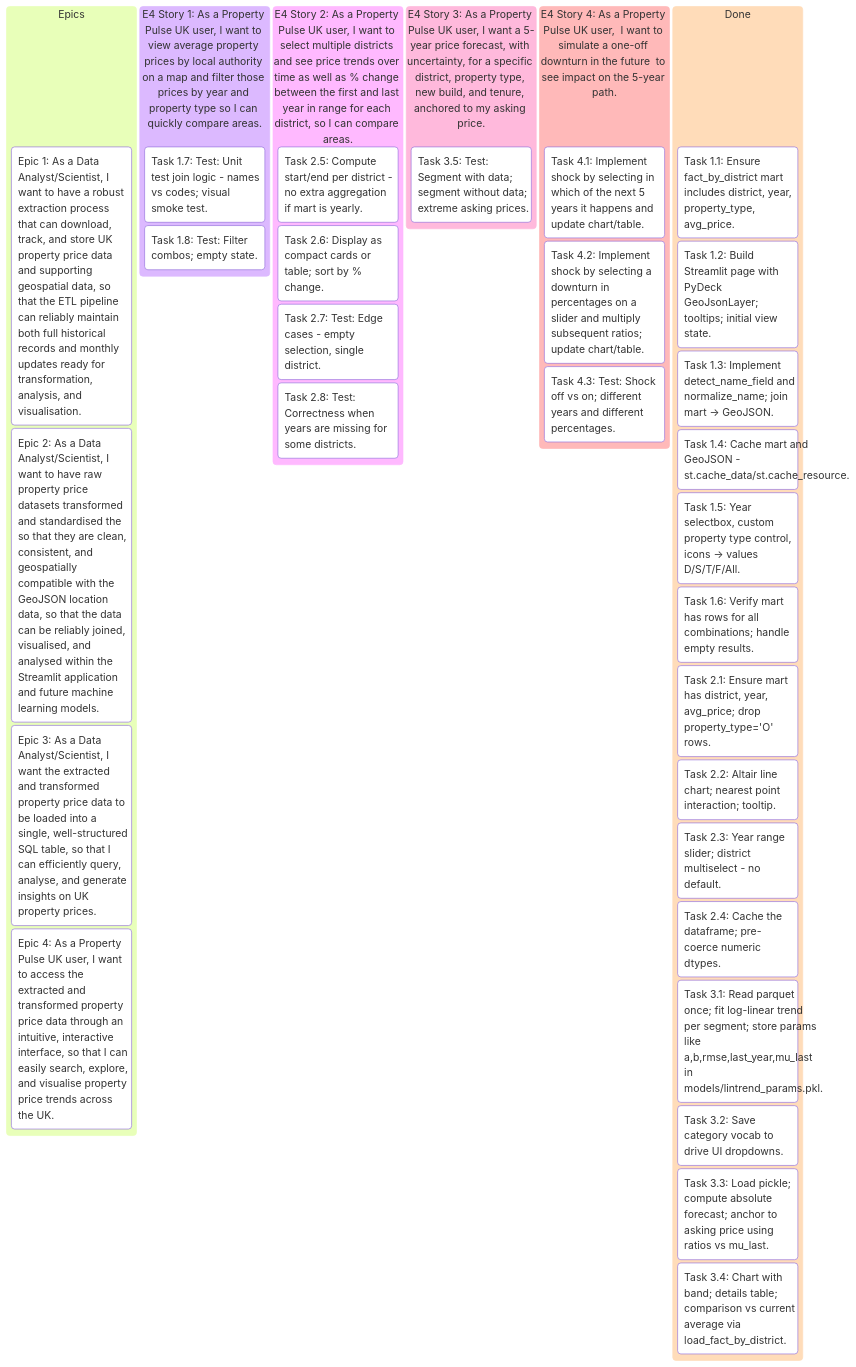
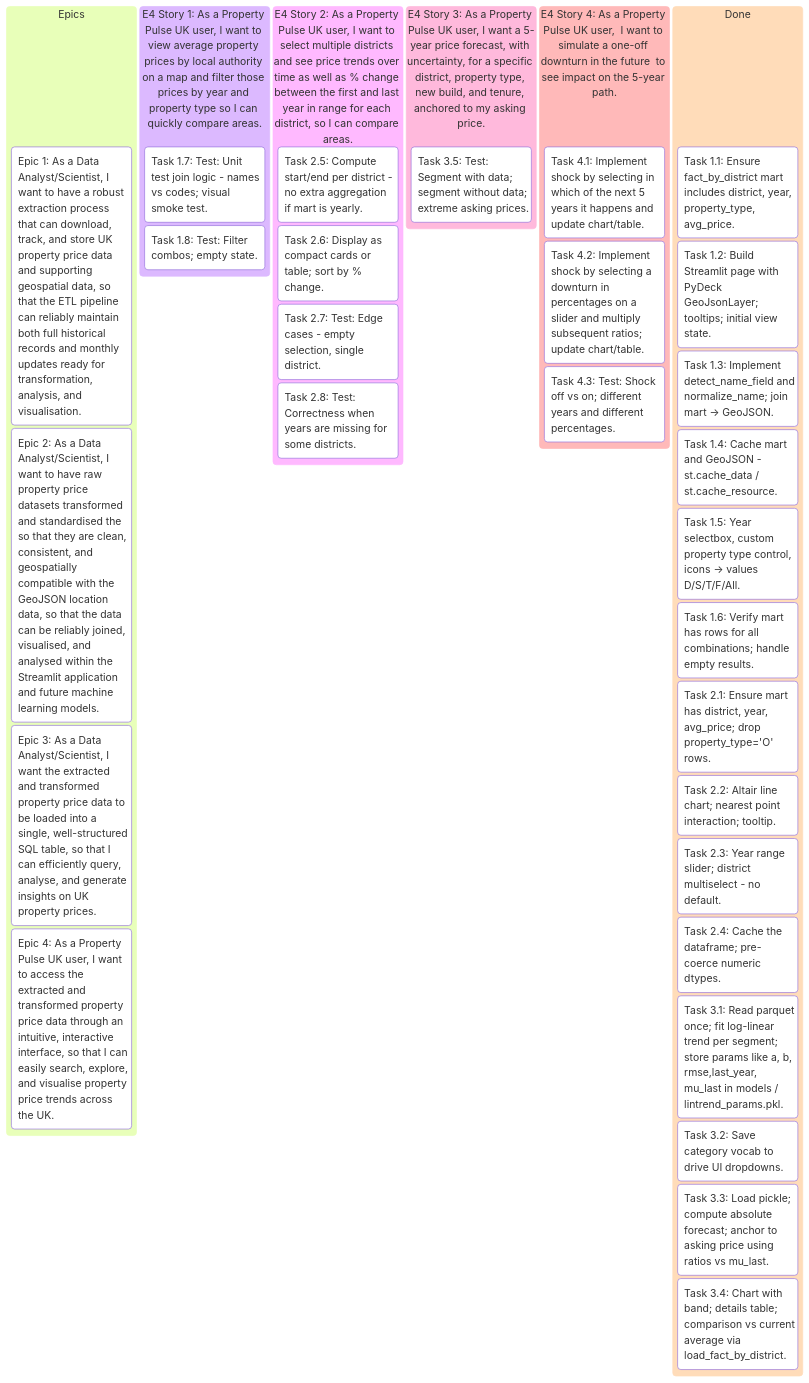
The fourth of 4 diagrams in README.md (pavlekovic/property-pulse-uk), drawn with Mermaid before and after one commit.

Commit message:
README update

````diff
--- a/README.md
+++ b/README.md
@@ -332,46 +332,46 @@
 ```mermaid
 kanban
     Epics
         (Epic 1: As a Data Analyst/Scientist, I want to have a robust extraction process that can download, track, and store UK property price data and supporting geospatial data, so that the ETL pipeline can reliably maintain both full historical records and monthly updates ready for transformation, analysis, and visualisation.)
 
         (Epic 2: As a Data Analyst/Scientist, I want to have raw property price datasets transformed and standardised the so that they are clean, consistent, and geospatially compatible with the GeoJSON location data, so that the data can be reliably joined, visualised, and analysed within the Streamlit application and future machine learning models.)
 
         (Epic 3: As a Data Analyst/Scientist, I want the extracted and transformed property price data to be loaded into a single, well-structured SQL table, so that I can efficiently query, analyse, and generate insights on UK property prices.)
 
         (Epic 4: As a Property Pulse UK user, I want to access the extracted and transformed property price data through an intuitive, interactive interface, so that I can easily search, explore, and visualise property price trends across the UK.)
 
     (E4 Story 1: As a Property Pulse UK user, I want to view average property prices by local authority on a map and filter those prices by year and property type so I can quickly compare areas.)
         Task 1.7: Test: Unit test join logic - names vs codes; visual smoke test.
         Task 1.8: Test: Filter combos; empty state.
 
     (E4 Story 2: As a Property Pulse UK user, I want to select multiple districts and see price trends over time as well as % change between the first and last year in range for each district, so I can compare areas.)
         Task 2.5: Compute start/end per district - no extra aggregation if mart is yearly.
         Task 2.6: Display as compact cards or table; sort by % change.
         Task 2.7: Test: Edge cases - empty selection, single district.
         Task 2.8: Test: Correctness when years are missing for some districts.
     
     (E4 Story 3: As a Property Pulse UK user, I want a 5-year price forecast, with uncertainty, for a specific district, property type, new build, and tenure, anchored to my asking price.)
         Task 3.5: Test: Segment with data; segment without data; extreme asking prices.
 
     (E4 Story 4: As a Property Pulse UK user,  I want to simulate a one-off downturn in the future  to see impact on the 5-year path.)
         Task 4.1: Implement shock by selecting in which of the next 5 years it happens and update chart/table.
         Task 4.2: Implement shock by selecting a downturn in percentages on a slider and multiply subsequent ratios; update chart/table.
         Task 4.3: Test: Shock off vs on; different years and different percentages.
     
     Done
         Task 1.1: Ensure fact_by_district mart includes district, year, property_type, avg_price.
         Task 1.2: Build Streamlit page with PyDeck GeoJsonLayer; tooltips; initial view state.
         Task 1.3: Implement detect_name_field and normalize_name; join mart → GeoJSON.
-        Task 1.4: Cache mart and GeoJSON - st.cache_data/st.cache_resource.
+        Task 1.4: Cache mart and GeoJSON - st.cache_data / st.cache_resource.
         Task 1.5: Year selectbox, custom property type control, icons → values D/S/T/F/All.
         Task 1.6: Verify mart has rows for all combinations; handle empty results.
         Task 2.1: Ensure mart has district, year, avg_price; drop property_type='O' rows.
         Task 2.2: Altair line chart; nearest point interaction; tooltip.
         Task 2.3: Year range slider; district multiselect - no default.
         Task 2.4: Cache the dataframe; pre-coerce numeric dtypes.
-        Task 3.1: Read parquet once; fit log-linear trend per segment; store params like a,b,rmse,last_year,mu_last in models/lintrend_params.pkl.
+        Task 3.1: Read parquet once; fit log-linear trend per segment; store params like a, b, rmse,last_year, mu_last in models / lintrend_params.pkl.
         Task 3.2: Save category vocab to drive UI dropdowns.
         Task 3.3: Load pickle; compute absolute forecast; anchor to asking price using ratios vs mu_last.
         Task 3.4: Chart with band; details table; comparison vs current average via load_fact_by_district.
         
 ```
````
